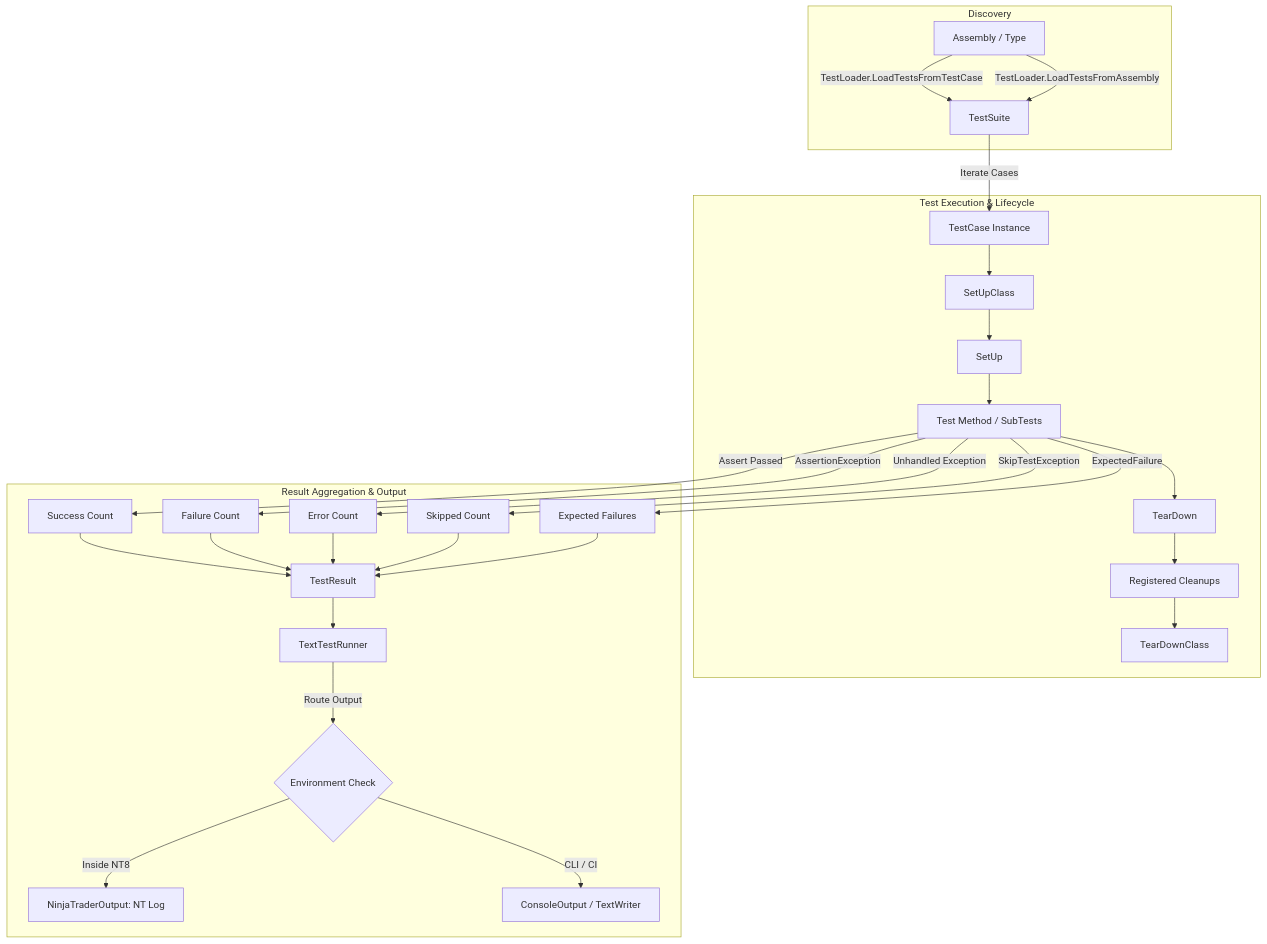
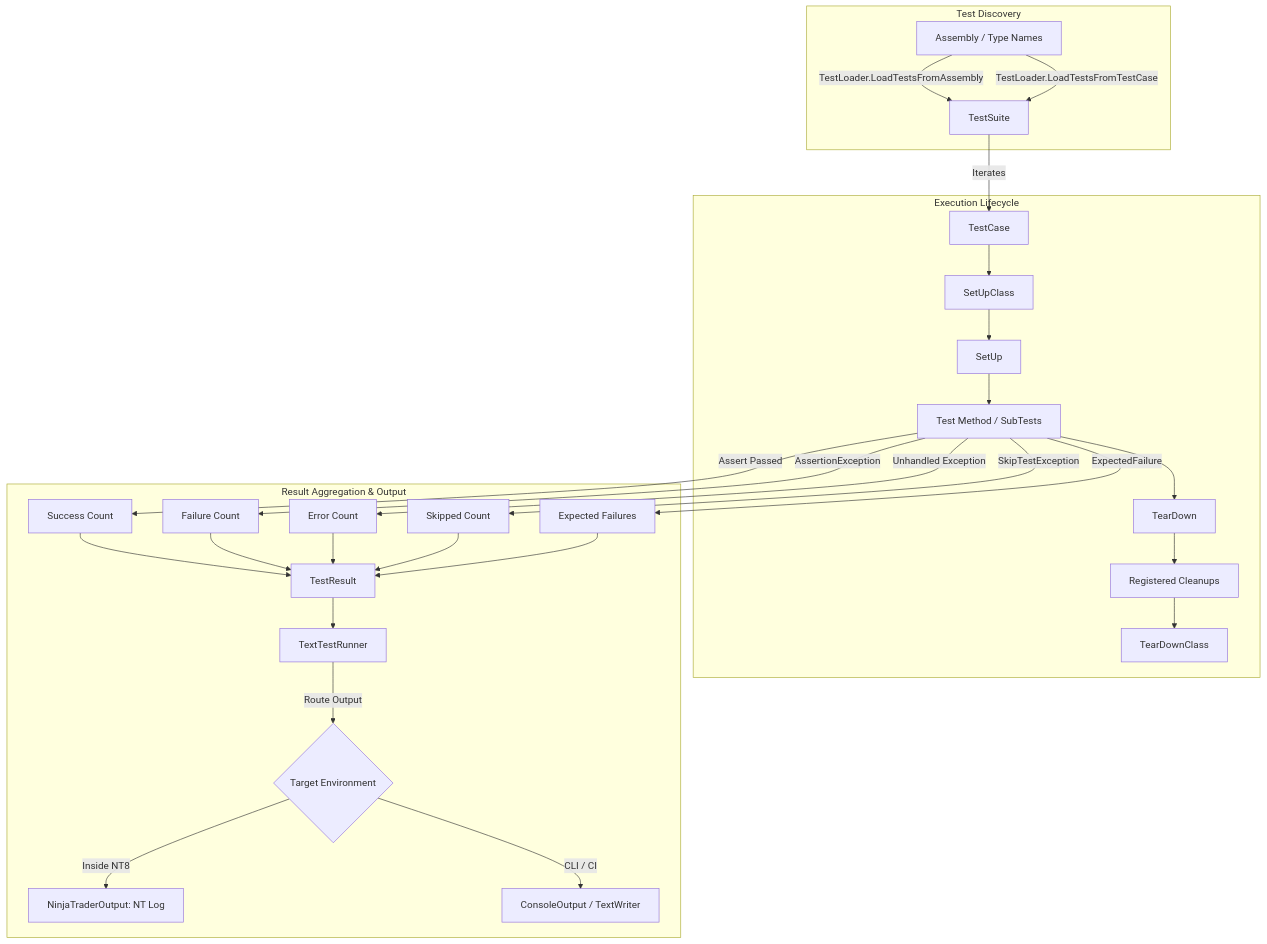
Before and after one commit to samuelcaldas/NinjaTrader.UnitTest: the diagram in README.md, drawn with Mermaid. The commit also changed other lines of this file and 8 other files, not shown here.

````diff
--- a/README.md
+++ b/README.md
@@ -88,36 +55,36 @@
 ```mermaid
 flowchart TD
-    subgraph Discovery
-        A[Assembly / Type] -->|TestLoader.LoadTestsFromTestCase| B[TestSuite]
-        A -->|TestLoader.LoadTestsFromAssembly| B
+    subgraph Discovery ["Test Discovery"]
+        A[Assembly / Type Names] -->|TestLoader.LoadTestsFromAssembly| B[TestSuite]
+        A -->|TestLoader.LoadTestsFromTestCase| B
     end
 
-    subgraph Execution ["Test Execution & Lifecycle"]
-        B -->|Iterate Cases| C[TestCase Instance]
+    subgraph Execution ["Execution Lifecycle"]
+        B -->|Iterates| C[TestCase]
         C --> D[SetUpClass]
         D --> E[SetUp]
         E --> F[Test Method / SubTests]
         F --> G[TearDown]
         G --> H[Registered Cleanups]
         H --> I[TearDownClass]
     end
 
     subgraph Results ["Result Aggregation & Output"]
         F -->|Assert Passed| J[Success Count]
         F -->|AssertionException| K[Failure Count]
         F -->|Unhandled Exception| L[Error Count]
         F -->|SkipTestException| M[Skipped Count]
         F -->|ExpectedFailure| N[Expected Failures]
 
         J --> O[TestResult]
         K --> O
         L --> O
         M --> O
         N --> O
 
         O --> P[TextTestRunner]
-        P -->|Route Output| Q{Environment Check}
+        P -->|Route Output| Q{Target Environment}
         Q -->|Inside NT8| R[NinjaTraderOutput: NT Log]
         Q -->|CLI / CI| S[ConsoleOutput / TextWriter]
     end
 ```
````
